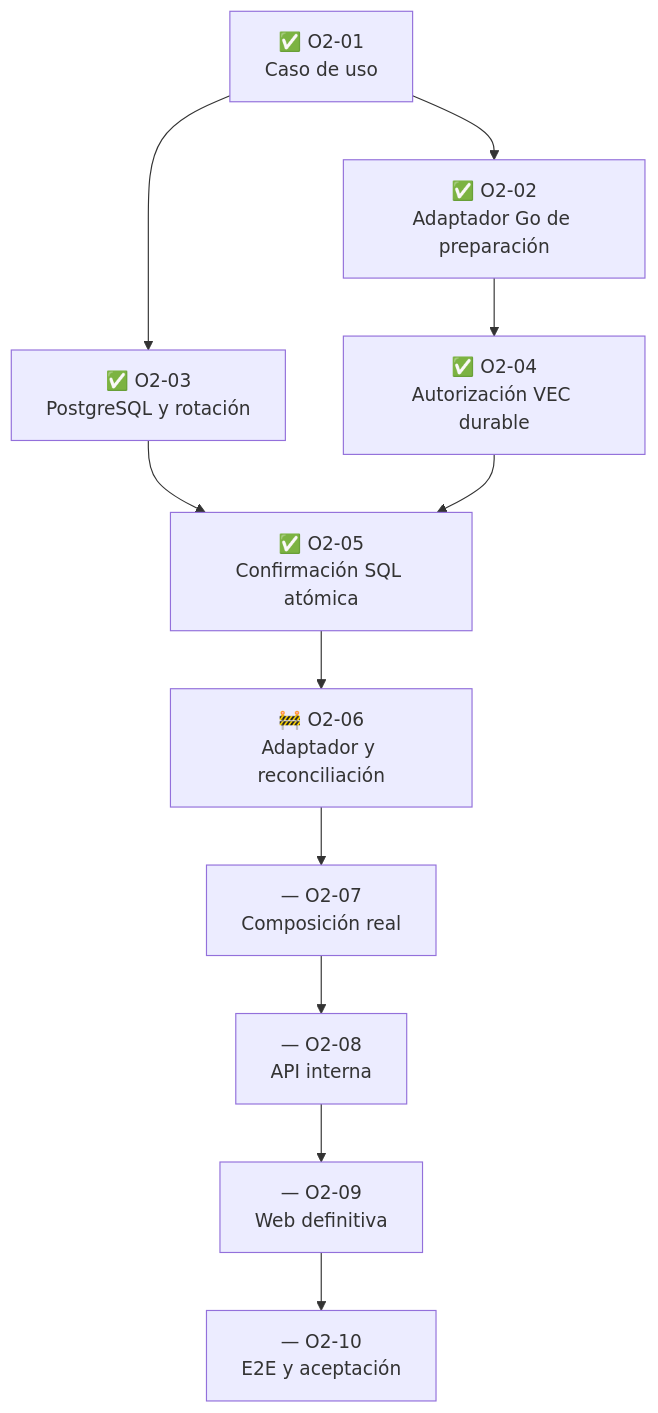
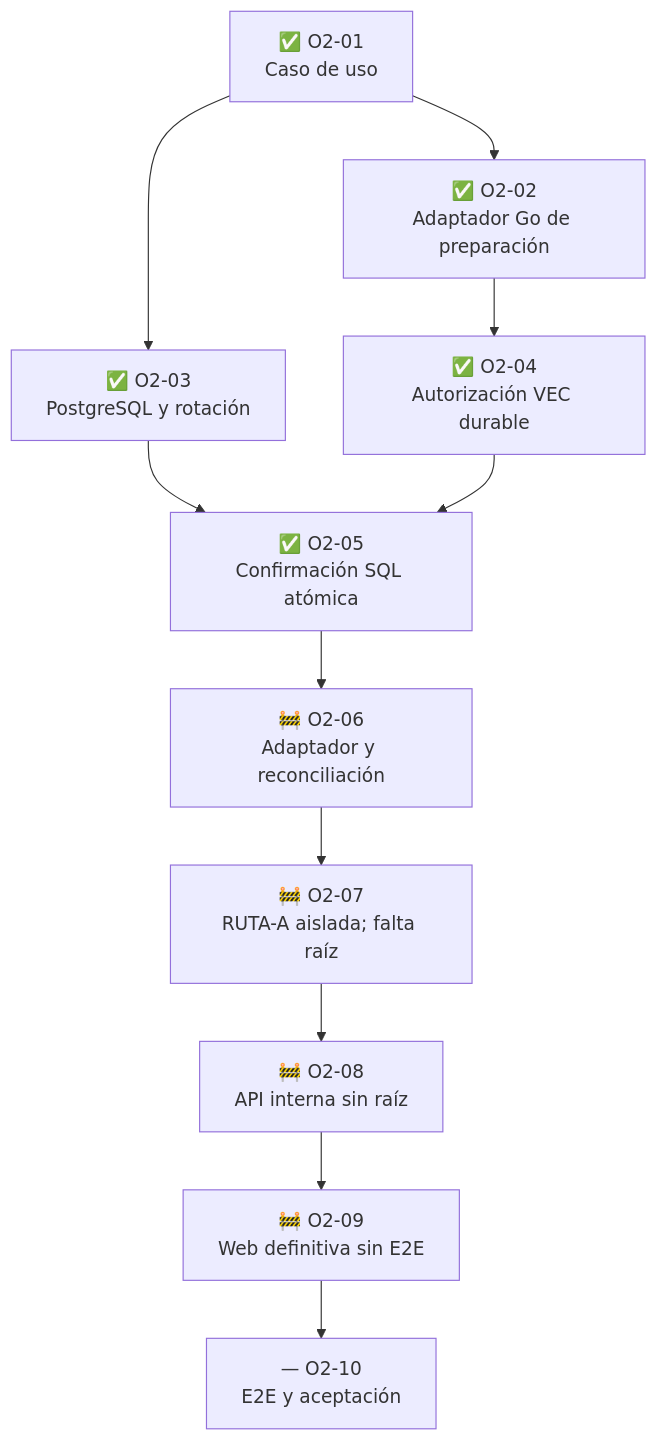
Before and after one commit to aavidad/VEC_Diputacion_app: the second of 2 diagrams in docs/portal_vec/mapa_objetivos_tareas_y_paralelizacion_2026-07-23.md, drawn with Mermaid. The commit also changed other lines of this file and 2 other files, not shown here.

````diff
--- a/docs/portal_vec/mapa_objetivos_tareas_y_paralelizacion_2026-07-23.md
+++ b/docs/portal_vec/mapa_objetivos_tareas_y_paralelizacion_2026-07-23.md
@@ -76,24 +102,24 @@
 ```mermaid
 flowchart TD
     O201["✅ O2-01<br/>Caso de uso"]
     O202["✅ O2-02<br/>Adaptador Go de preparación"]
     O203["✅ O2-03<br/>PostgreSQL y rotación"]
     O204["✅ O2-04<br/>Autorización VEC durable"]
     O205["✅ O2-05<br/>Confirmación SQL atómica"]
     O206["🚧 O2-06<br/>Adaptador y reconciliación"]
-    O207["— O2-07<br/>Composición real"]
-    O208["— O2-08<br/>API interna"]
-    O209["— O2-09<br/>Web definitiva"]
+    O207["🚧 O2-07<br/>RUTA-A aislada; falta raíz"]
+    O208["🚧 O2-08<br/>API interna sin raíz"]
+    O209["🚧 O2-09<br/>Web definitiva sin E2E"]
     O210["— O2-10<br/>E2E y aceptación"]
 
     O201 --> O202
     O201 --> O203
     O202 --> O204
     O203 --> O205
     O204 --> O205
     O205 --> O206
     O206 --> O207
     O207 --> O208
     O208 --> O209
     O209 --> O210
 ```
````
